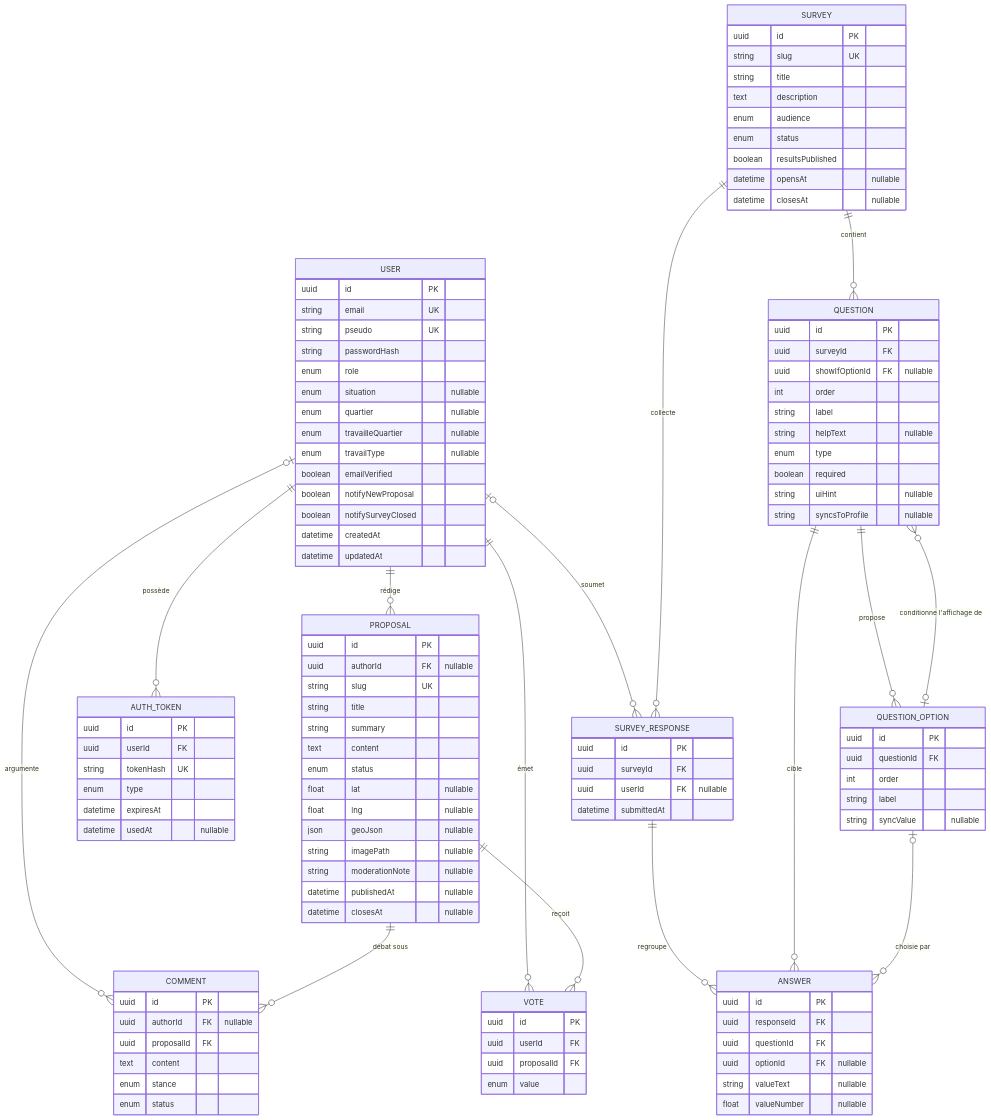
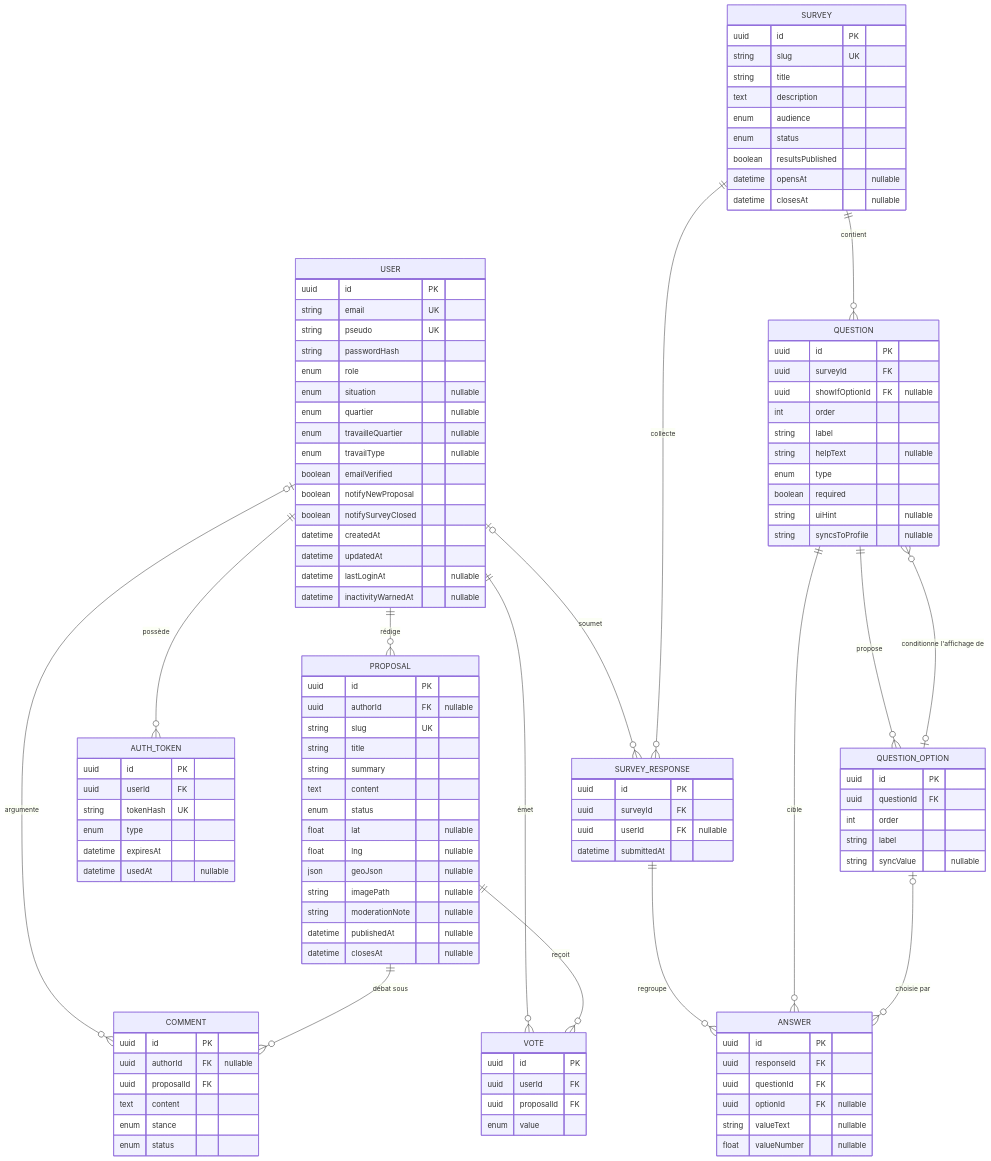
One commit to Nathalie-Leduc/Senlis-Participatif-docs changed the diagram in 02-diagramme-erd.md. Above: the diagram before and after it, drawn with Mermaid. The commit also changed other lines of this file and 8 other files, not shown here.

```diff
--- a/02-diagramme-erd.md
+++ b/02-diagramme-erd.md
@@ -37,6 +37,8 @@
         boolean notifySurveyClosed
         datetime createdAt
         datetime updatedAt
+        datetime lastLoginAt "nullable"
+        datetime inactivityWarnedAt "nullable"
     }
     AUTH_TOKEN {
         uuid id PK
```
